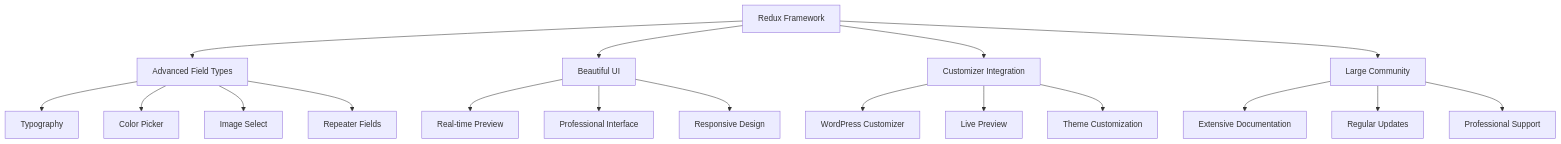
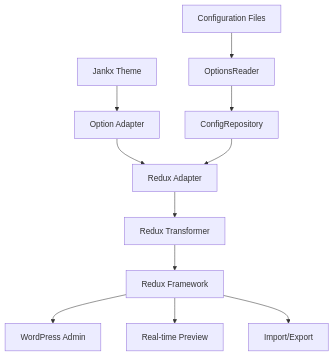
One commit to jankx/jankx changed the diagram in docs/options/redux-framework-options.md. Above: the diagram before and after it, drawn with Mermaid. The commit also changed other lines of this file and 2 other files, not shown here.

Commit message:
clean up theme options debug logs

````diff
--- a/docs/options/redux-framework-options.md
+++ b/docs/options/redux-framework-options.md
@@ -9,24 +11,15 @@
 ```mermaid
 graph TD
-    A[Redux Framework] --> B[Advanced Field Types]
-    A --> C[Beautiful UI]
-    A --> D[Customizer Integration]
-    A --> E[Large Community]
+    A[Jankx Theme] --> B[Option Adapter]
+    B --> C[Redux Adapter]
+    C --> D[Redux Transformer]
+    D --> E[Redux Framework]
 
-    B --> F[Typography]
-    B --> G[Color Picker]
-    B --> H[Image Select]
-    B --> I[Repeater Fields]
+    F[Configuration Files] --> G[OptionsReader]
+    G --> H[ConfigRepository]
+    H --> C
 
-    C --> J[Real-time Preview]
-    C --> K[Professional Interface]
-    C --> L[Responsive Design]
-
-    D --> M[WordPress Customizer]
-    D --> N[Live Preview]
-    D --> O[Theme Customization]
-
-    E --> P[Extensive Documentation]
-    E --> Q[Regular Updates]
-    E --> R[Professional Support]
+    E --> I[WordPress Admin]
+    E --> J[Real-time Preview]
+    E --> K[Import/Export]
 ```
````
